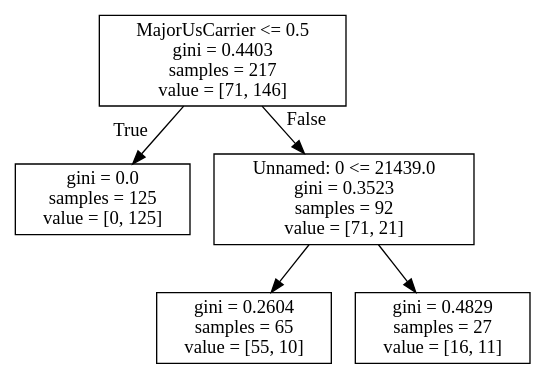
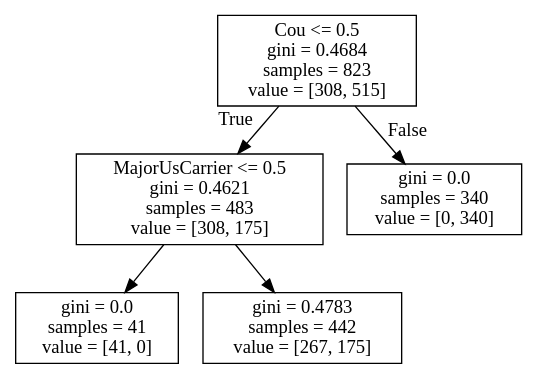
The diagram in Dots/gini_model_5.dot (RobLFord/FlightClassification), drawn with Graphviz before and after one commit. The commit also changed 43 other files, not shown here.

```diff
--- a/Dots/gini_model_5.dot
+++ b/Dots/gini_model_5.dot
@@ -1,12 +1,12 @@
 digraph Tree {
 node [shape=box] ;
-0 [label="MajorUsCarrier <= 0.5\ngini = 0.4403\nsamples = 217\nvalue = [71, 146]"] ;
-1 [label="gini = 0.0\nsamples = 125\nvalue = [0, 125]"] ;
+0 [label="Cou <= 0.5\ngini = 0.4684\nsamples = 823\nvalue = [308, 515]"] ;
+1 [label="MajorUsCarrier <= 0.5\ngini = 0.4621\nsamples = 483\nvalue = [308, 175]"] ;
 0 -> 1 [labeldistance=2.5, labelangle=45, headlabel="True"] ;
-2 [label="Unnamed: 0 <= 21439.0\ngini = 0.3523\nsamples = 92\nvalue = [71, 21]"] ;
-0 -> 2 [labeldistance=2.5, labelangle=-45, headlabel="False"] ;
-3 [label="gini = 0.2604\nsamples = 65\nvalue = [55, 10]"] ;
-2 -> 3 ;
-4 [label="gini = 0.4829\nsamples = 27\nvalue = [16, 11]"] ;
-2 -> 4 ;
+2 [label="gini = 0.0\nsamples = 41\nvalue = [41, 0]"] ;
+1 -> 2 ;
+3 [label="gini = 0.4783\nsamples = 442\nvalue = [267, 175]"] ;
+1 -> 3 ;
+4 [label="gini = 0.0\nsamples = 340\nvalue = [0, 340]"] ;
+0 -> 4 [labeldistance=2.5, labelangle=-45, headlabel="False"] ;
 }
```
